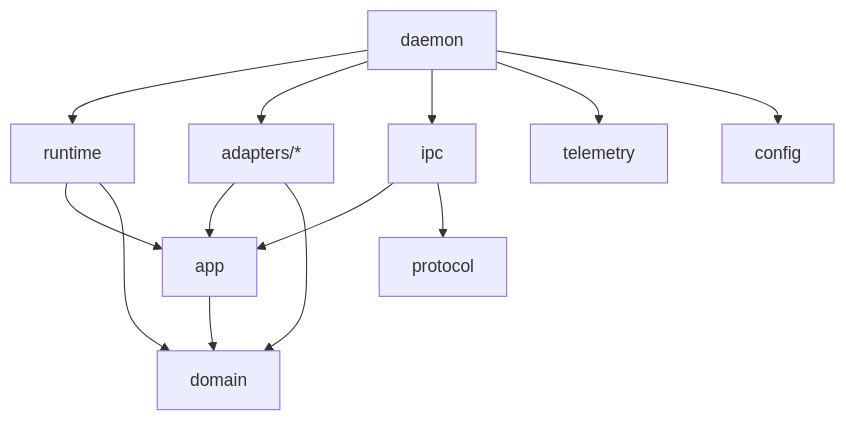
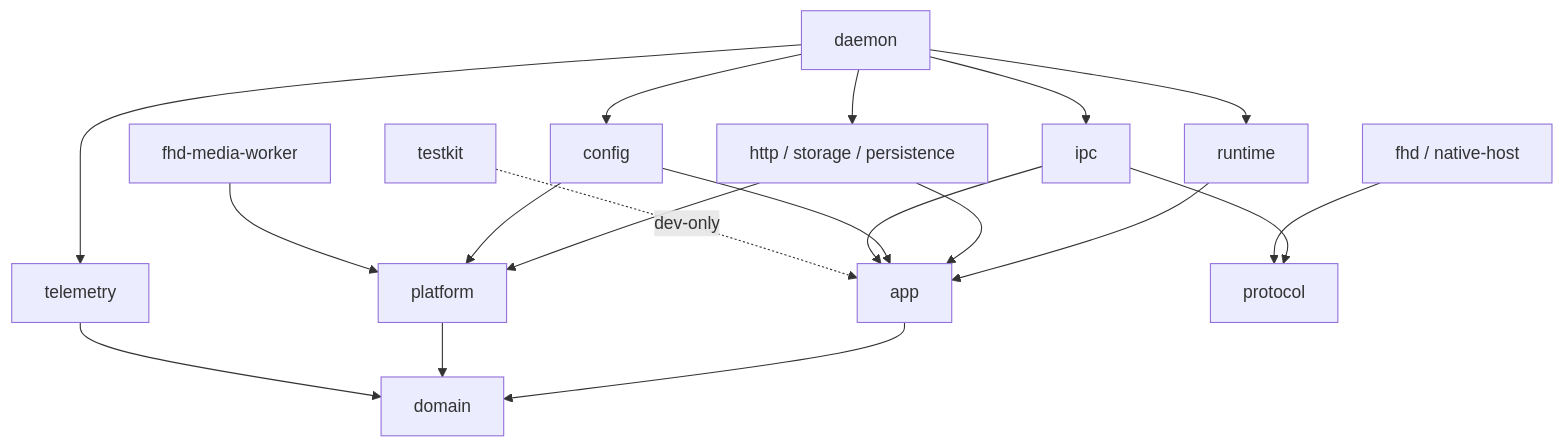
The second of 4 diagrams in docs/enterprise-engine-architecture.md (FMalki1406/FHD), drawn with Mermaid before and after one commit. The commit also changed other lines of this file and 6 other files, not shown here.

First line of the commit message:
Align domain state machine with reviewed architecture v4

````diff
--- a/docs/enterprise-engine-architecture.md
+++ b/docs/enterprise-engine-architecture.md
@@ -87,16 +96,21 @@
 ```mermaid
 flowchart TD
-  domain
   app --> domain
   runtime --> app
-  runtime --> domain
-  adapters[adapters/*] --> app
-  adapters --> domain
+  adapters[http / storage / persistence] --> app
+  adapters --> platform
+  platform --> domain
+  telemetry --> domain
+  config --> app
+  config --> platform
   ipc --> app
   ipc --> protocol
   daemon --> runtime
   daemon --> adapters
   daemon --> ipc
   daemon --> telemetry
   daemon --> config
+  cli[fhd / native-host] --> protocol
+  mw[fhd-media-worker] --> platform
+  testkit -. dev-only .-> app
 ```
````
